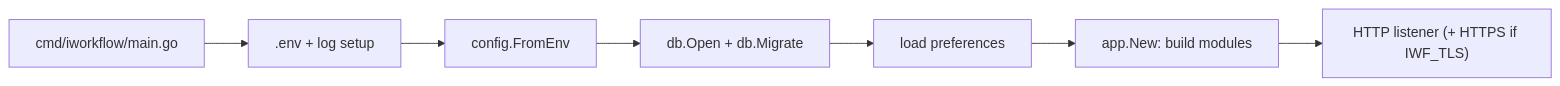
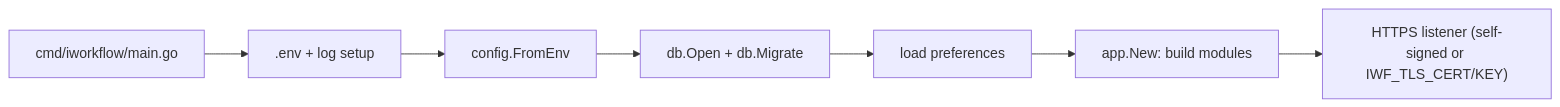
One commit to plopezm/iworkflow changed the first of 2 diagrams in ARCHITECTURE.md. Above: the diagram before and after it, drawn with Mermaid. The commit also changed other lines of this file and 17 other files, not shown here.

Commit message:
docs(https): document the HTTPS-only server and run e2e with IWF_TLS=off

````diff
--- a/ARCHITECTURE.md
+++ b/ARCHITECTURE.md
@@ -80,9 +80,9 @@
 ```mermaid
 flowchart LR
   main["cmd/iworkflow/main.go"] --> env[".env + log setup"]
   env --> cfg["config.FromEnv"]
   cfg --> db["db.Open + db.Migrate"]
   db --> prefs["load preferences"]
   prefs --> app["app.New: build modules"]
-  app --> http["HTTP listener (+ HTTPS if IWF_TLS)"]
+  app --> http["HTTPS listener (self-signed or IWF_TLS_CERT/KEY)"]
 ```
````
